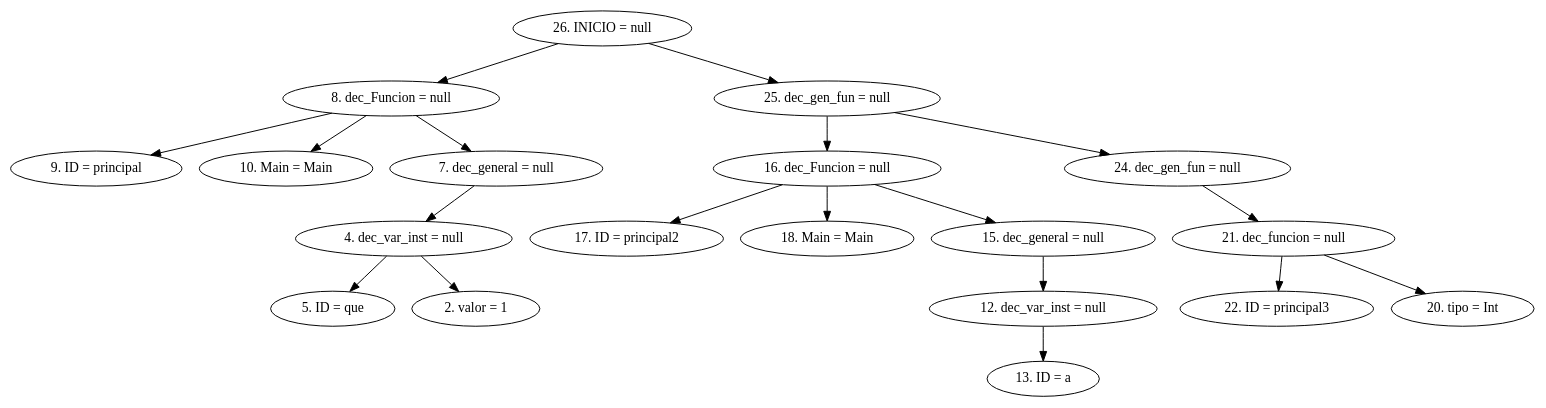
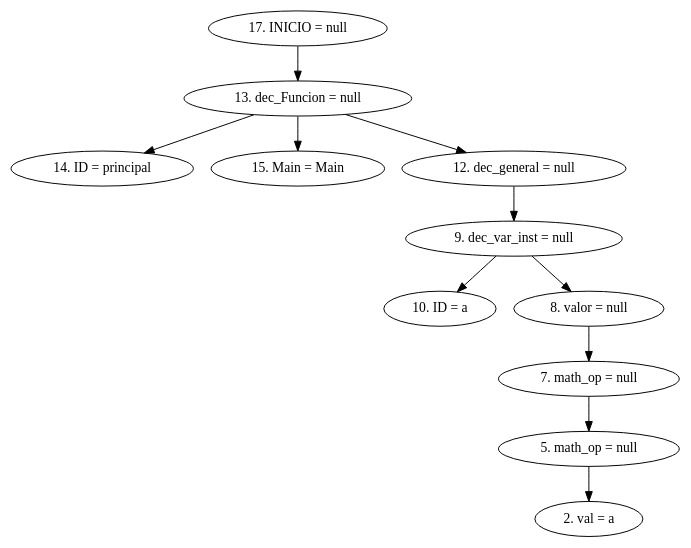
One commit to CarlosSosVos/NACHTs changed the diagram in AST.dot. Above: the diagram before and after it, drawn with Graphviz. The commit also changed 7 other files, not shown here.

```diff
--- a/AST.dot
+++ b/AST.dot
@@ -1,22 +1,14 @@
 digraph G {
-"26. INICIO = null"->"8. dec_Funcion = null"
-"8. dec_Funcion = null"->"9. ID = principal"
-"8. dec_Funcion = null"->"10. Main = Main"
-"8. dec_Funcion = null"->"7. dec_general = null"
-"7. dec_general = null"->"4. dec_var_inst = null"
-"4. dec_var_inst = null"->"5. ID = que"
-"4. dec_var_inst = null"->"2. valor = 1"
-"26. INICIO = null"->"25. dec_gen_fun = null"
-"25. dec_gen_fun = null"->"16. dec_Funcion = null"
-"16. dec_Funcion = null"->"17. ID = principal2"
-"16. dec_Funcion = null"->"18. Main = Main"
-"16. dec_Funcion = null"->"15. dec_general = null"
-"15. dec_general = null"->"12. dec_var_inst = null"
-"12. dec_var_inst = null"->"13. ID = a"
-"25. dec_gen_fun = null"->"24. dec_gen_fun = null"
-"24. dec_gen_fun = null"->"21. dec_funcion = null"
-"21. dec_funcion = null"->"22. ID = principal3"
-"21. dec_funcion = null"->"20. tipo = Int"
+"17. INICIO = null"->"13. dec_Funcion = null"
+"13. dec_Funcion = null"->"14. ID = principal"
+"13. dec_Funcion = null"->"15. Main = Main"
+"13. dec_Funcion = null"->"12. dec_general = null"
+"12. dec_general = null"->"9. dec_var_inst = null"
+"9. dec_var_inst = null"->"10. ID = a"
+"9. dec_var_inst = null"->"8. valor = null"
+"8. valor = null"->"7. math_op = null"
+"7. math_op = null"->"5. math_op = null"
+"5. math_op = null"->"2. val = a"
 
 
 }
```
